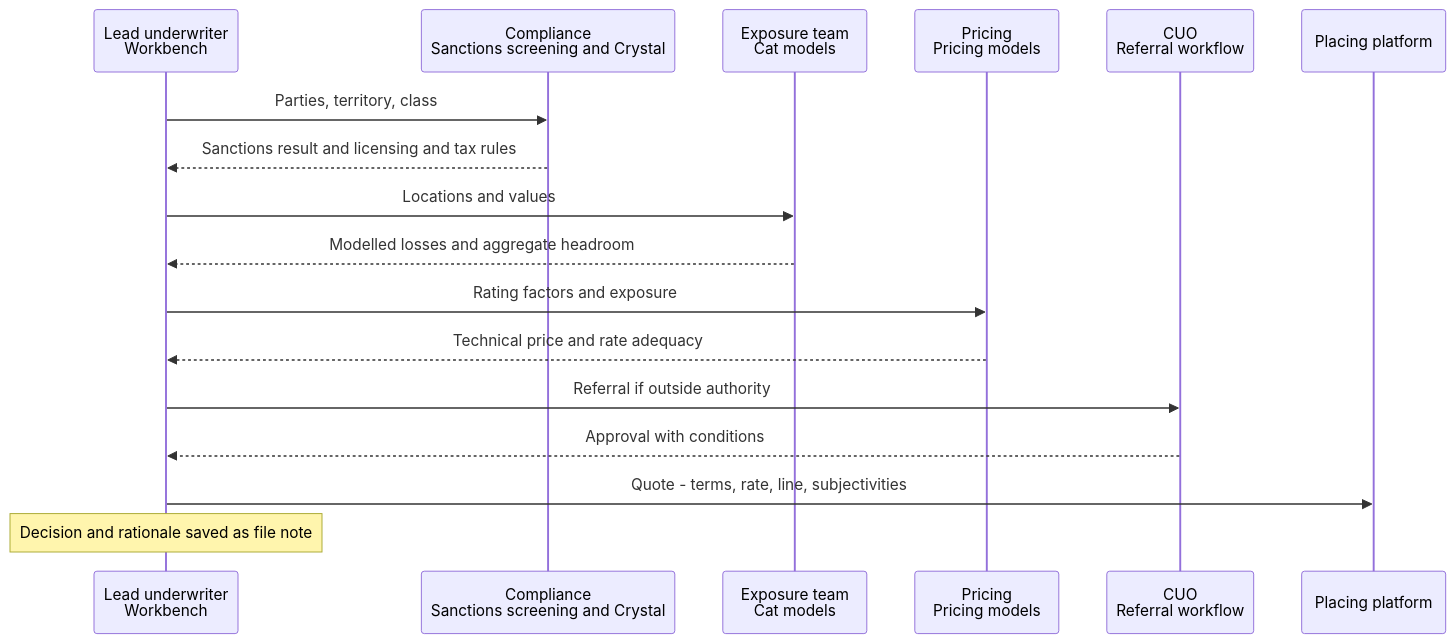
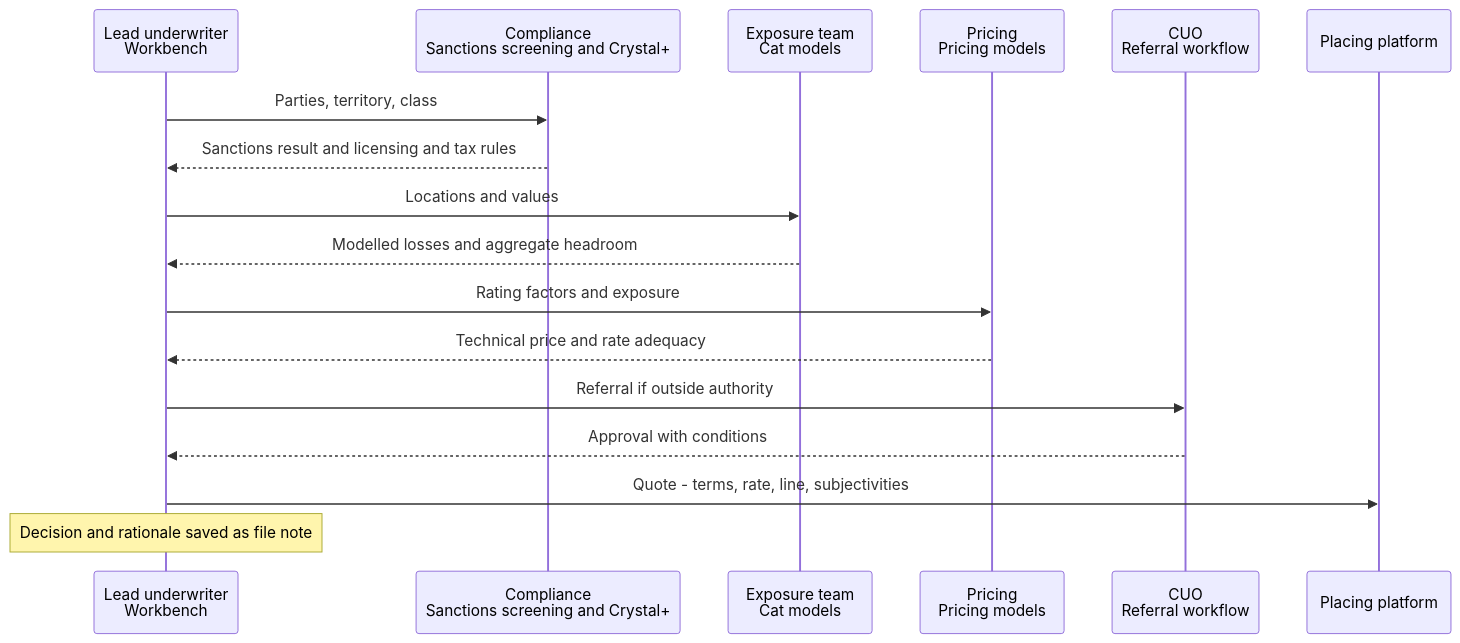
Before and after one commit to gazal-gupta/Insurance-Domain: the fourth of 12 diagrams in london-market-lloyds-guide/25-Lloyds-IT-Landscape-Swimlanes.md, drawn with Mermaid. The commit also changed other lines of this file and 26 other files, not shown here.

````diff
--- a/london-market-lloyds-guide/25-Lloyds-IT-Landscape-Swimlanes.md
+++ b/london-market-lloyds-guide/25-Lloyds-IT-Landscape-Swimlanes.md
@@ -117,19 +117,19 @@
 ```mermaid
 sequenceDiagram
   participant WB as Lead underwriter<br/>Workbench
-  participant CMP as Compliance<br/>Sanctions screening and Crystal
+  participant CMP as Compliance<br/>Sanctions screening and Crystal+
   participant EXP as Exposure team<br/>Cat models
   participant PRC as Pricing<br/>Pricing models
   participant CUO as CUO<br/>Referral workflow
   participant PLT as Placing platform
   WB->>CMP: Parties, territory, class
   CMP-->>WB: Sanctions result and licensing and tax rules
   WB->>EXP: Locations and values
   EXP-->>WB: Modelled losses and aggregate headroom
   WB->>PRC: Rating factors and exposure
   PRC-->>WB: Technical price and rate adequacy
   WB->>CUO: Referral if outside authority
   CUO-->>WB: Approval with conditions
   WB->>PLT: Quote - terms, rate, line, subjectivities
   Note over WB: Decision and rationale saved as file note
 ```
````
